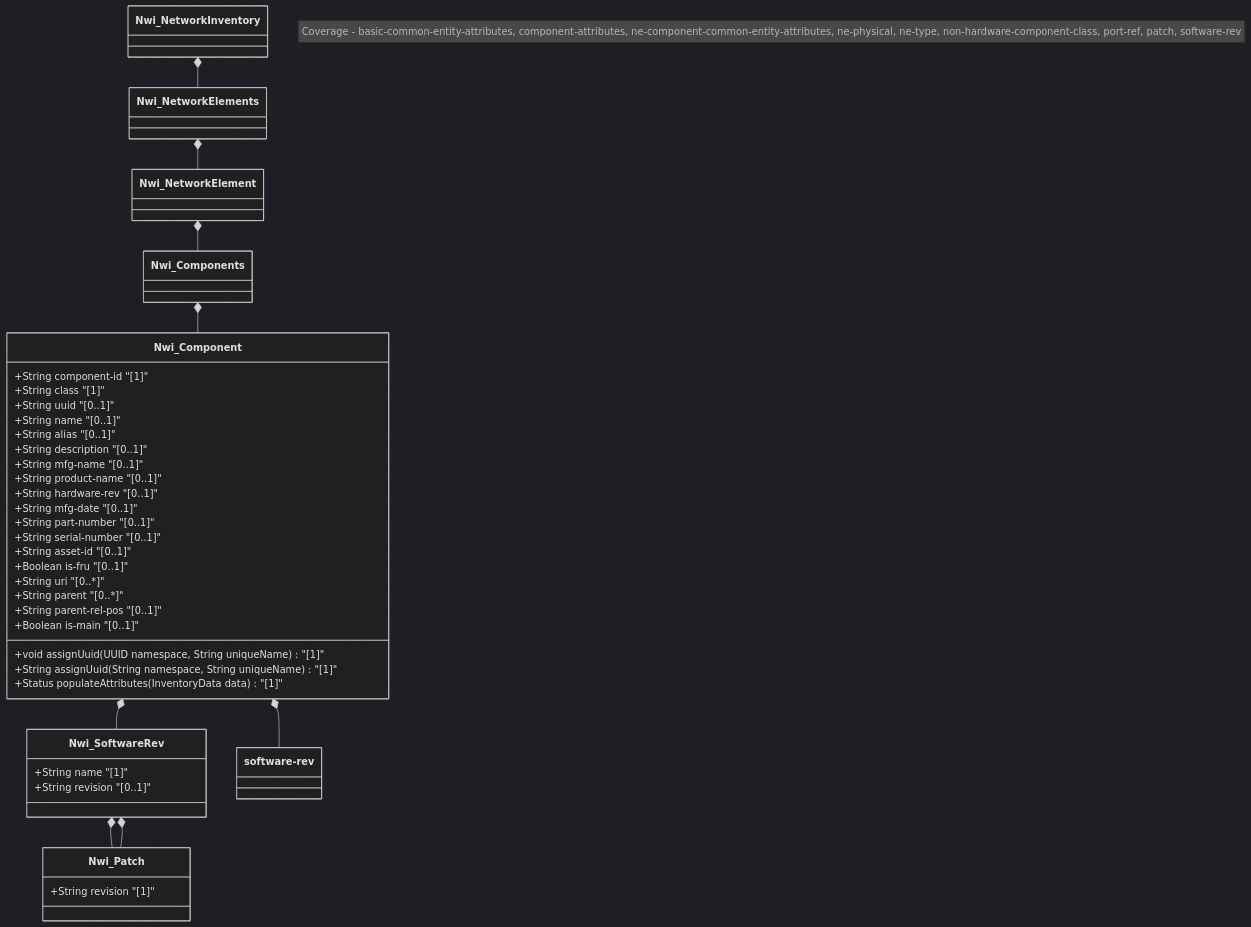
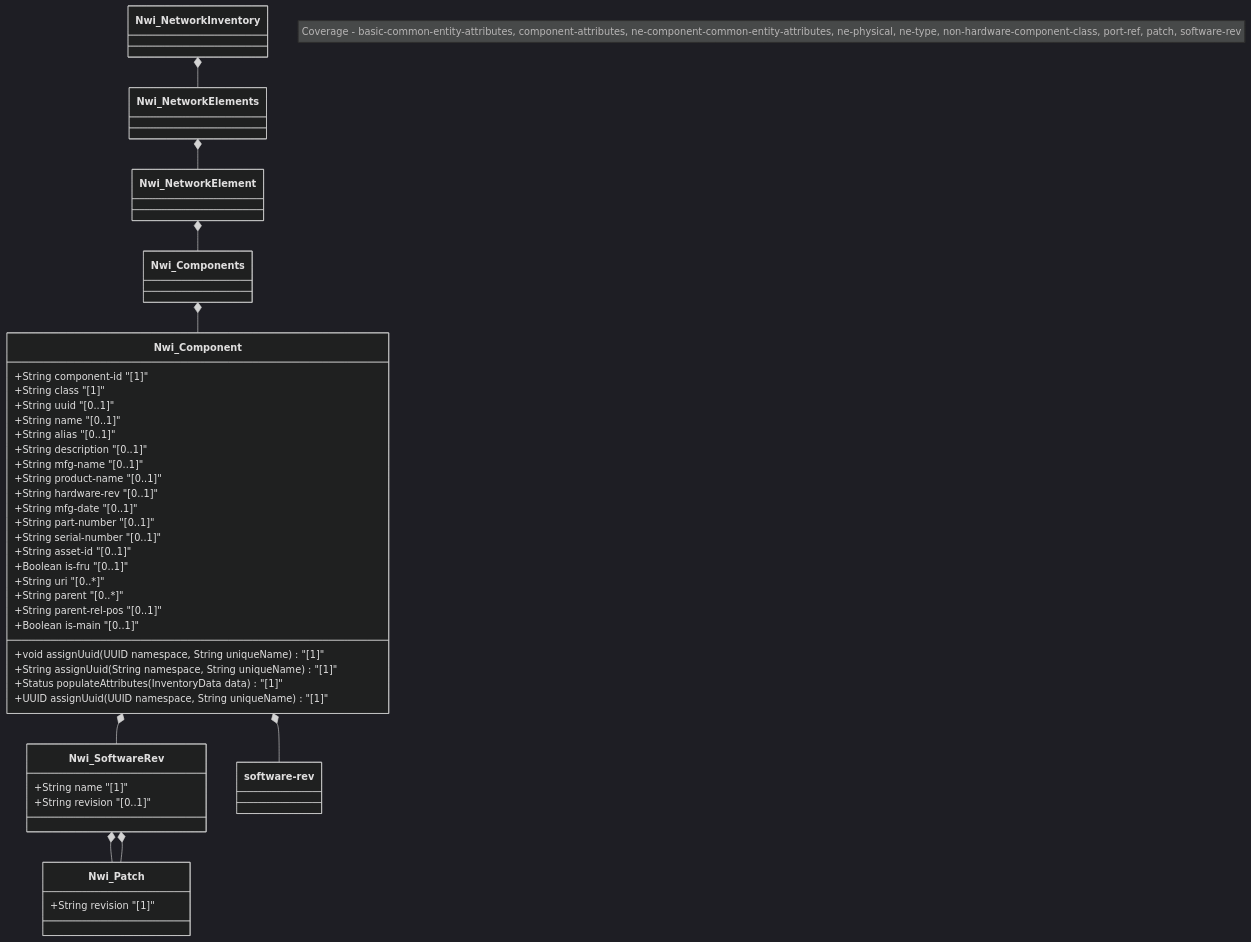
The diagram in docs/features/feat-16-components.md (gintatkinson/3dgs-032), drawn with Mermaid (dark theme) before and after one commit. The commit also changed 11 other files, not shown here.

Commit message:
Fix UML method multiplicity, resolve ordinal conflicts, update real matrix

````diff
--- a/docs/features/feat-16-components.md
+++ b/docs/features/feat-16-components.md
@@ -22,47 +22,48 @@
 ```mermaid
 classDiagram
     note "Coverage - basic-common-entity-attributes, component-attributes, ne-component-common-entity-attributes, ne-physical, ne-type, non-hardware-component-class, port-ref, patch, software-rev"
     class Nwi_NetworkInventory
     class Nwi_NetworkElements
     class Nwi_NetworkElement
     class Nwi_Components
     class Nwi_Component {
         +void assignUuid(UUID namespace, String uniqueName) "[1]"
         +String assignUuid(String namespace, String uniqueName) "[1]"
         +String component-id "[1]"
         +String class "[1]"
         +String uuid "[0..1]"
         +String name "[0..1]"
         +String alias "[0..1]"
         +String description "[0..1]"
         +String mfg-name "[0..1]"
         +String product-name "[0..1]"
         +String hardware-rev "[0..1]"
         +String mfg-date "[0..1]"
         +String part-number "[0..1]"
         +String serial-number "[0..1]"
         +String asset-id "[0..1]"
         +Boolean is-fru "[0..1]"
         +String uri "[0..*]"
         +String parent "[0..*]"
         +String parent-rel-pos "[0..1]"
         +Boolean is-main "[0..1]"
         +Status populateAttributes(InventoryData data) "[1]"
+        +UUID assignUuid(UUID namespace, String uniqueName) "[1]"
     }
     class Nwi_SoftwareRev {
         +String name "[1]"
         +String revision "[0..1]"
     }
     class Nwi_Patch {
         +String revision "[1]"
     }
 
     Nwi_NetworkInventory *-- Nwi_NetworkElements
     Nwi_NetworkElements *-- Nwi_NetworkElement
     Nwi_NetworkElement *-- Nwi_Components
     Nwi_Components *-- Nwi_Component
     Nwi_Component *-- Nwi_SoftwareRev
     Nwi_SoftwareRev *-- Nwi_Patch
     Nwi_Component *-- `software-rev`
     Nwi_SoftwareRev *-- Nwi_Patch
 ```
````
